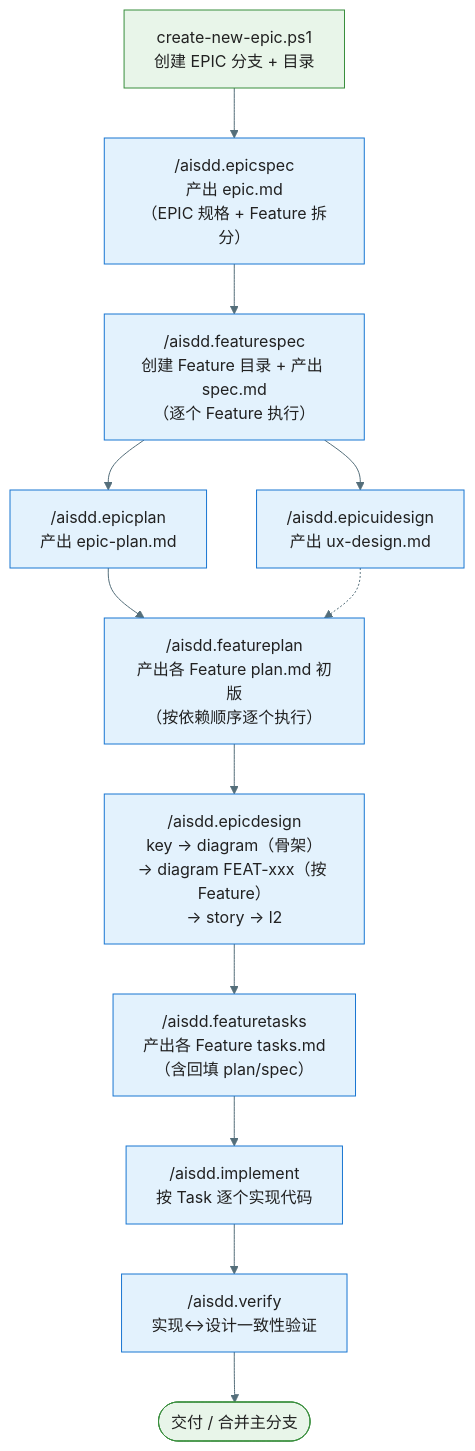
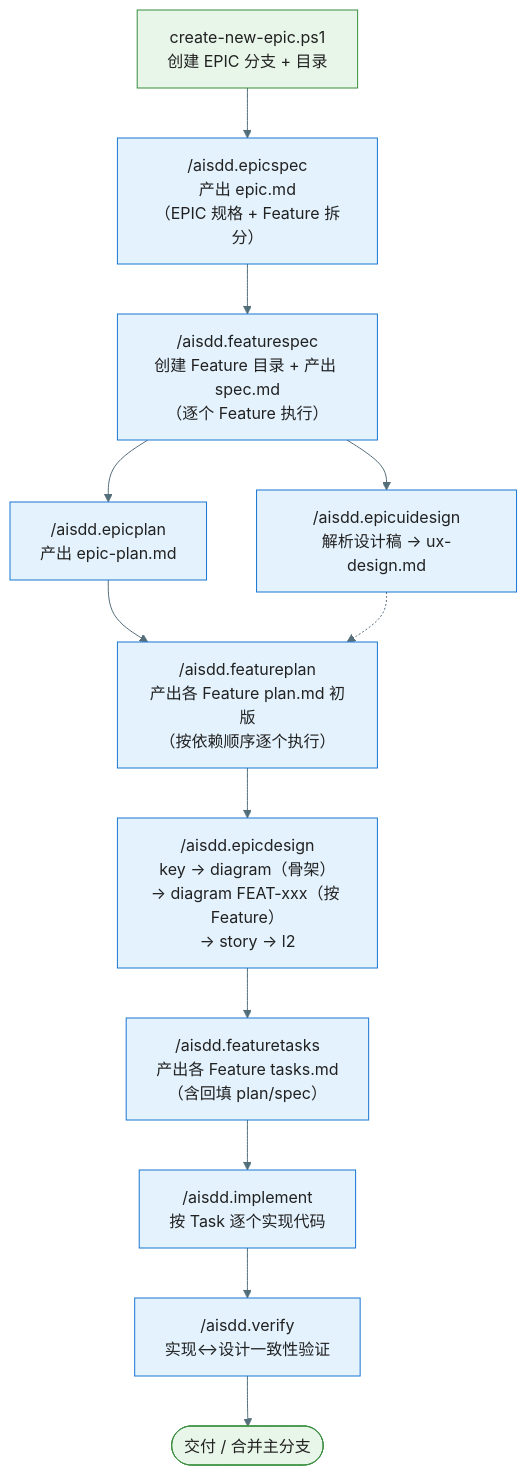
One commit to jackykarma/Verity changed the third of 5 diagrams in .specify/workflow-overview.md. Above: the diagram before and after it, drawn with Mermaid. The commit also changed other lines of this file and 6 other files, not shown here.

````diff
--- a/.specify/workflow-overview.md
+++ b/.specify/workflow-overview.md
@@ -158,18 +159,18 @@
 ```mermaid
 %%{init: {'theme': 'base', 'themeVariables': { 'primaryColor': '#E3F2FD', 'primaryTextColor': '#212121', 'primaryBorderColor': '#1976D2', 'lineColor': '#546E7A'}}}%%
 flowchart TD
     Step1["create-new-epic.ps1<br/>创建 EPIC 分支 + 目录"] --> Step2["/aisdd.epicspec<br/>产出 epic.md<br/>（EPIC 规格 + Feature 拆分）"]
     Step2 --> Step3["/aisdd.featurespec<br/>创建 Feature 目录 + 产出 spec.md<br/>（逐个 Feature 执行）"]
     Step3 --> Step4["/aisdd.epicplan<br/>产出 epic-plan.md"]
-    Step3 --> Step5["/aisdd.epicuidesign<br/>产出 ux-design.md"]
+    Step3 --> Step5["/aisdd.epicuidesign<br/>解析设计稿 → ux-design.md"]
     Step4 --> Step6["/aisdd.featureplan<br/>产出各 Feature plan.md 初版<br/>（按依赖顺序逐个执行）"]
     Step5 -.-> Step6
     Step6 --> Step7["/aisdd.epicdesign<br/>key → diagram（骨架）<br/>→ diagram FEAT-xxx（按 Feature）<br/>→ story → l2"]
     Step7 --> Step8["/aisdd.featuretasks<br/>产出各 Feature tasks.md<br/>（含回填 plan/spec）"]
     Step8 --> Step9["/aisdd.implement<br/>按 Task 逐个实现代码"]
     Step9 --> Step10["/aisdd.verify<br/>实现↔设计一致性验证"]
     Step10 --> Step11([交付 / 合并主分支])
 
     style Step1 fill:#E8F5E9,stroke:#388E3C
     style Step11 fill:#E8F5E9,stroke:#388E3C
 ```
````
